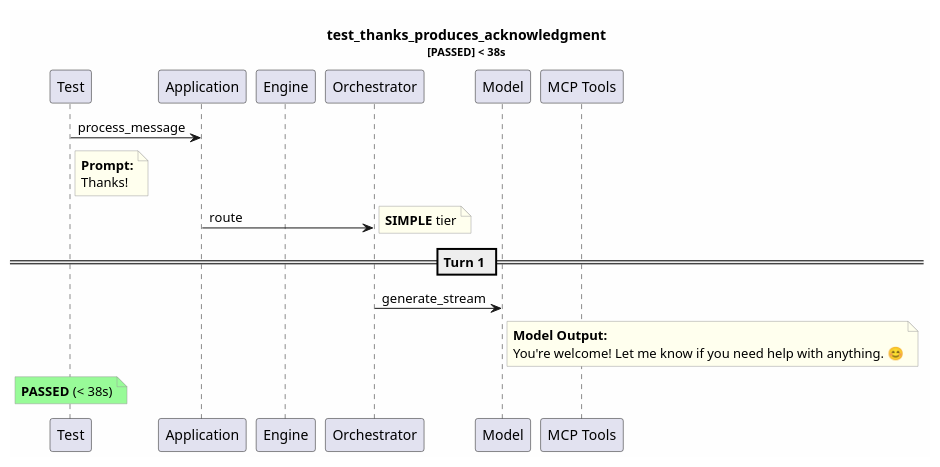
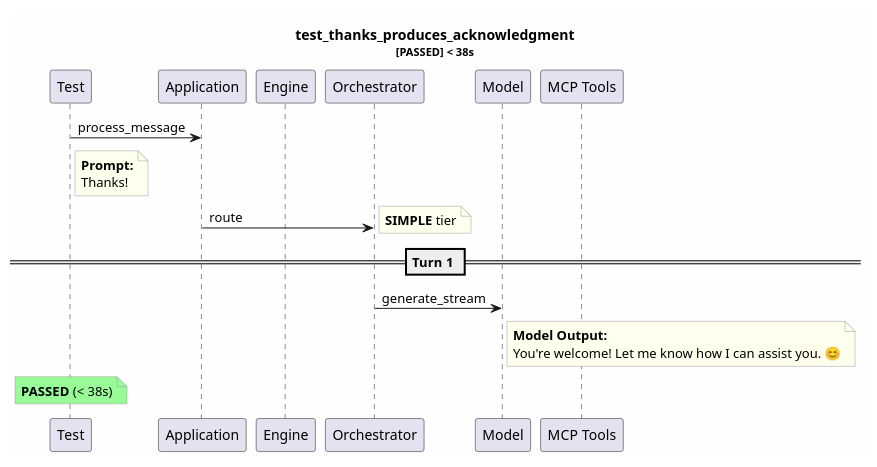
The diagram in test-reports/logs/test_thanks_produces_acknowledgment/test_thanks_produces_acknowledgment.puml (tvanfossen/entropic), drawn with PlantUML before and after one commit. The commit also changed 65 other files, not shown here.

First line of the commit message:
feat: typed frontmatter schemas + parse_prompt_file (Phase 1)

```diff
--- a/test-reports/logs/test_thanks_produces_acknowledgment/test_thanks_produces_acknowledgment.puml
+++ b/test-reports/logs/test_thanks_produces_acknowledgment/test_thanks_produces_acknowledgment.puml
@@ -1,31 +1,31 @@
 @startuml
 skinparam backgroundColor #FEFEFE
 skinparam noteBorderColor #999999
 skinparam noteBackgroundColor #FFFFEE
 title test_thanks_produces_acknowledgment\n<size:11>[PASSED] < 38s</size>
 
 participant "Test" as T
 participant "Application" as App
 participant "Engine" as Eng
 participant "Orchestrator" as Orch
 participant "Model" as Mdl
 participant "MCP Tools" as MCP
 
 T -> App: process_message
 note right of T
   **Prompt:**
   Thanks!
 end note
 App -> Orch: route
 note right: **SIMPLE** tier
 == Turn 1 ==
 Orch -> Mdl: generate_stream
 note right of Mdl
   **Model Output:**
-  You're welcome! Let me know if you need help with anything. 😊
+  You're welcome! Let me know how I can assist you. 😊
 end note
 note over T #palegreen
   **PASSED** (< 38s)
 end note
 
 @enduml
```
